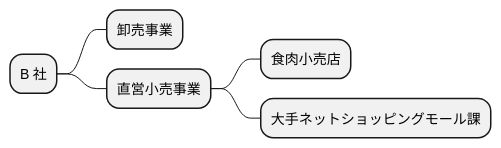
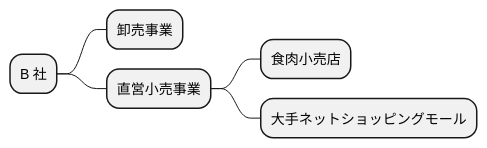
The first of 15 diagrams in docs/case/r04_case_2.adoc (k2works/case-sutudy-business-analysis), drawn with PlantUML before and after one commit. The commit also changed other lines of this file and 2 other files, not shown here.

```diff
--- a/docs/case/r04_case_2.adoc
+++ b/docs/case/r04_case_2.adoc
@@ -43,12 +43,12 @@
 [plantuml]
 ----
 @startmindmap
 
 * B 社
 ** 卸売事業
 ** 直営小売事業
 *** 食肉小売店
-*** 大手ネットショッピングモール課
+*** 大手ネットショッピングモール
 
 @endmindmap
 ----
```
